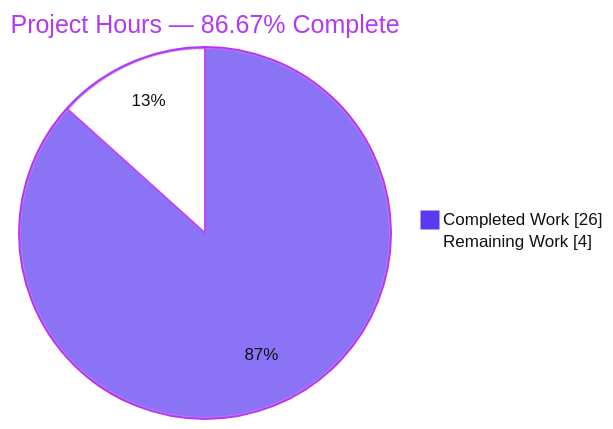
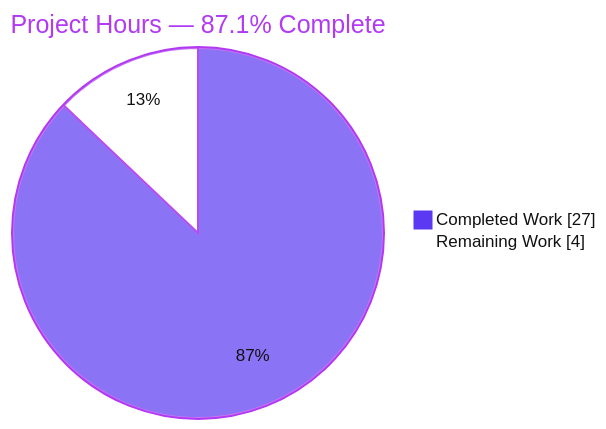
The second of 3 diagrams in blitzy/documentation/Project Guide.md (blitzy-public-samples/blitzy-WebVella-ERP), drawn with Mermaid before and after one commit. The commit also changed other lines of this file, not shown here.

Commit message:
Adding Blitzy Project Guide: Project Status and Human Tasks Remaining

````diff
--- a/blitzy/documentation/Project Guide.md
+++ b/blitzy/documentation/Project Guide.md
@@ -185,6 +190,6 @@
 ```mermaid
 %%{init: {'theme':'base', 'themeVariables': {'pie1':'#5B39F3','pie2':'#FFFFFF','pieStrokeColor':'#B23AF2','pieOuterStrokeColor':'#B23AF2','pieTitleTextColor':'#B23AF2','pieSectionTextColor':'#111111','pieLegendTextColor':'#111111','pieStrokeWidth':'2px','pieOuterStrokeWidth':'2px'}}}%%
-pie showData title Project Hours — 86.67% Complete
-    "Completed Work" : 26
+pie showData title Project Hours — 87.1% Complete
+    "Completed Work" : 27
     "Remaining Work" : 4
 ```
````
